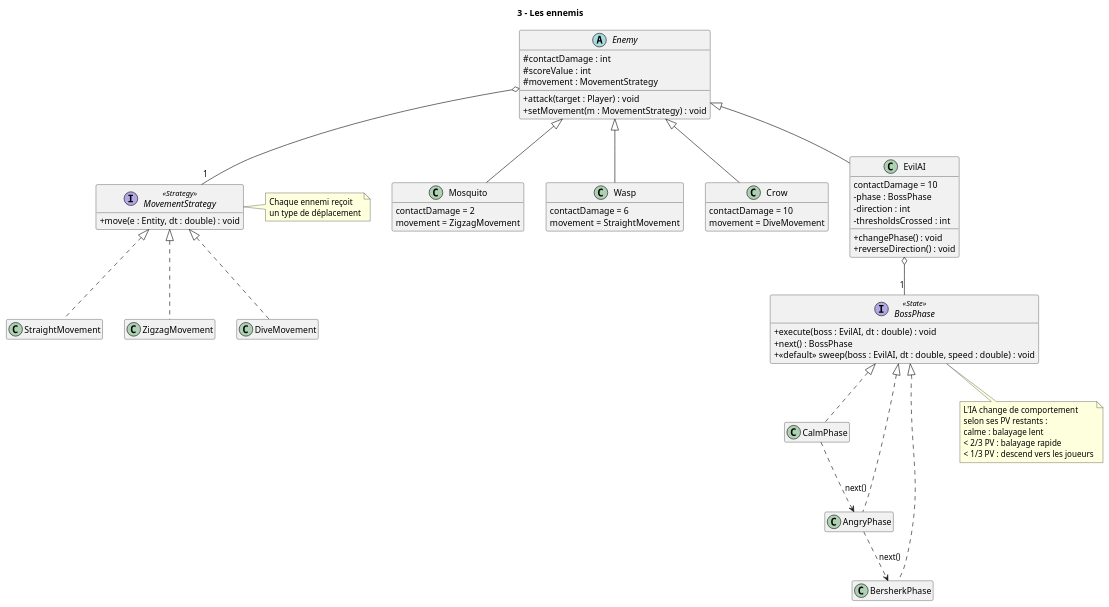
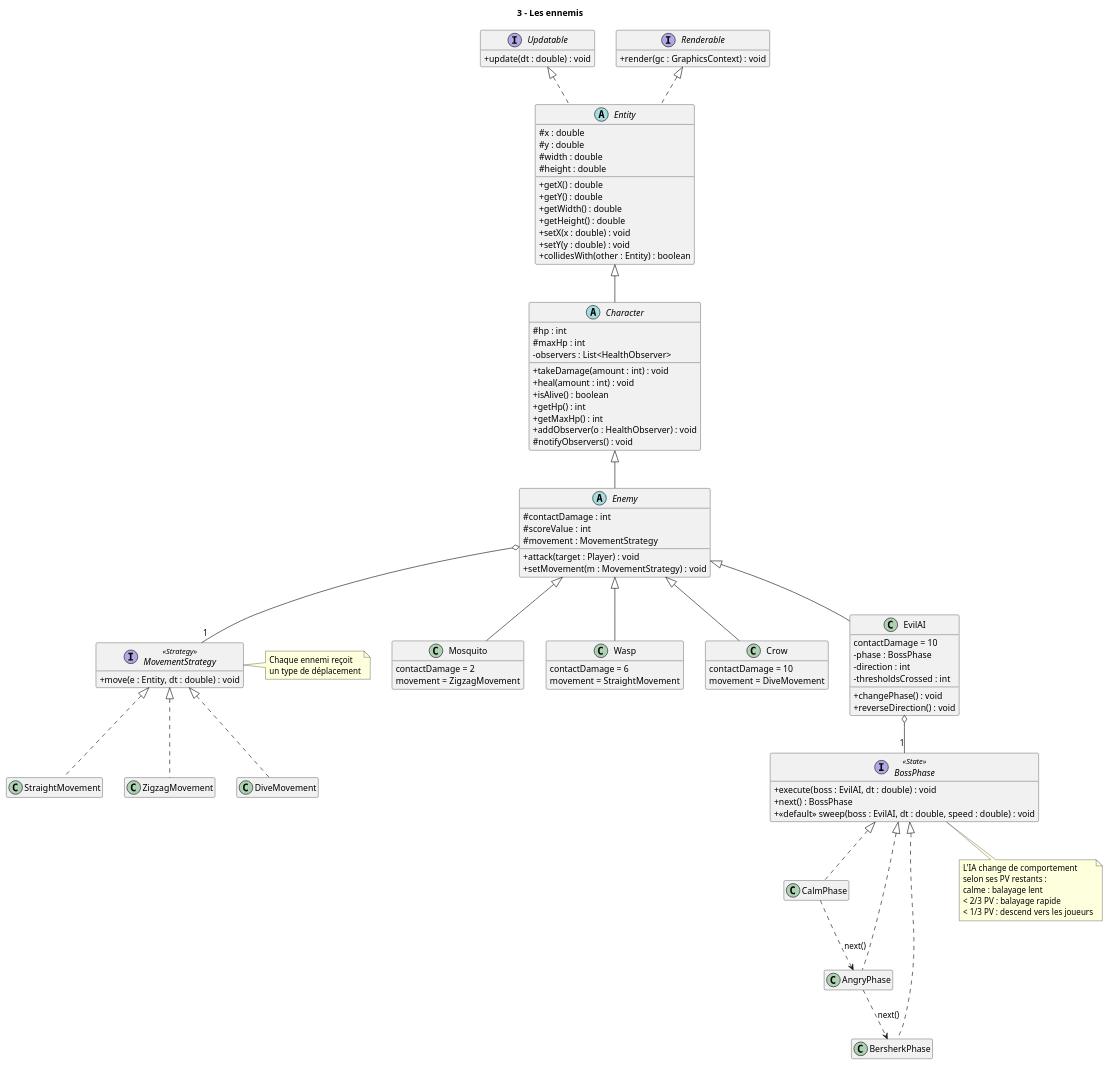
Before and after one commit to MeghCH/2d-Game-Natural-Fatal-IA: the diagram in Docs/Diagrammes/3_ennemis.puml, drawn with PlantUML. The commit also changed 4 other files, not shown here.

Commit message:
Refactor(uml): improve diagram readability and spacing

```diff
--- a/Docs/Diagrammes/3_ennemis.puml
+++ b/Docs/Diagrammes/3_ennemis.puml
@@ -1,88 +1,128 @@
 @startuml 3_ennemis
 title 3 - Les ennemis
 
 skinparam classAttributeIconSize 0
 skinparam shadowing false
 hide empty members
+
+interface Updatable {
+  + update(dt : double) : void
+}
+
+interface Renderable {
+  + render(gc : GraphicsContext) : void
+}
+
+abstract class Entity {
+  # x : double
+  # y : double
+  # width : double
+  # height : double
+  + getX() : double
+  + getY() : double
+  + getWidth() : double
+  + getHeight() : double
+  + setX(x : double) : void
+  + setY(y : double) : void
+  + collidesWith(other : Entity) : boolean
+}
+
+abstract class Character {
+  # hp : int
+  # maxHp : int
+  - observers : List<HealthObserver>
+  + takeDamage(amount : int) : void
+  + heal(amount : int) : void
+  + isAlive() : boolean
+  + getHp() : int
+  + getMaxHp() : int
+  + addObserver(o : HealthObserver) : void
+  # notifyObservers() : void
+}
 
 abstract class Enemy {
   # contactDamage : int
   # scoreValue : int
   # movement : MovementStrategy
   + attack(target : Player) : void
   + setMovement(m : MovementStrategy) : void
 }
 
 class Mosquito {
   contactDamage = 2
   movement = ZigzagMovement
 }
 
 class Wasp {
   contactDamage = 6
   movement = StraightMovement
 }
 
 class Crow {
   contactDamage = 10
   movement = DiveMovement
 }
 
 class EvilAI {
   contactDamage = 10
   - phase : BossPhase
   - direction : int
   - thresholdsCrossed : int
   + changePhase() : void
   + reverseDirection() : void
 }
 
 interface MovementStrategy <<Strategy>> {
   + move(e : Entity, dt : double) : void
 }
 
 class StraightMovement
 class ZigzagMovement
 class DiveMovement
 
 interface BossPhase <<State>> {
   + execute(boss : EvilAI, dt : double) : void
   + next() : BossPhase
   + <<default>> sweep(boss : EvilAI, dt : double, speed : double) : void
 }
 
 class CalmPhase
 class AngryPhase
 class BersherkPhase
 
+Updatable  <|.. Entity
+Renderable <|.. Entity
+Entity <|-- Character
+Character <|-- Enemy
+
 Enemy <|-- Mosquito
 Enemy <|-- Wasp
 Enemy <|-- Crow
 Enemy <|-- EvilAI
 
 Enemy o-- "1" MovementStrategy
 MovementStrategy <|.. StraightMovement
 MovementStrategy <|.. ZigzagMovement
 MovementStrategy <|.. DiveMovement
 
 EvilAI o-- "1" BossPhase
 BossPhase <|.. CalmPhase
 BossPhase <|.. AngryPhase
 BossPhase <|.. BersherkPhase
 CalmPhase ..> AngryPhase : next()
 AngryPhase ..> BersherkPhase : next()
 
 note right of MovementStrategy
   Chaque ennemi reçoit
   un type de déplacement
 end note
 
 note bottom of BossPhase
   L'IA change de comportement
   selon ses PV restants :
   calme : balayage lent
   < 2/3 PV : balayage rapide
   < 1/3 PV : descend vers les joueurs
 end note
 
 @enduml
```
